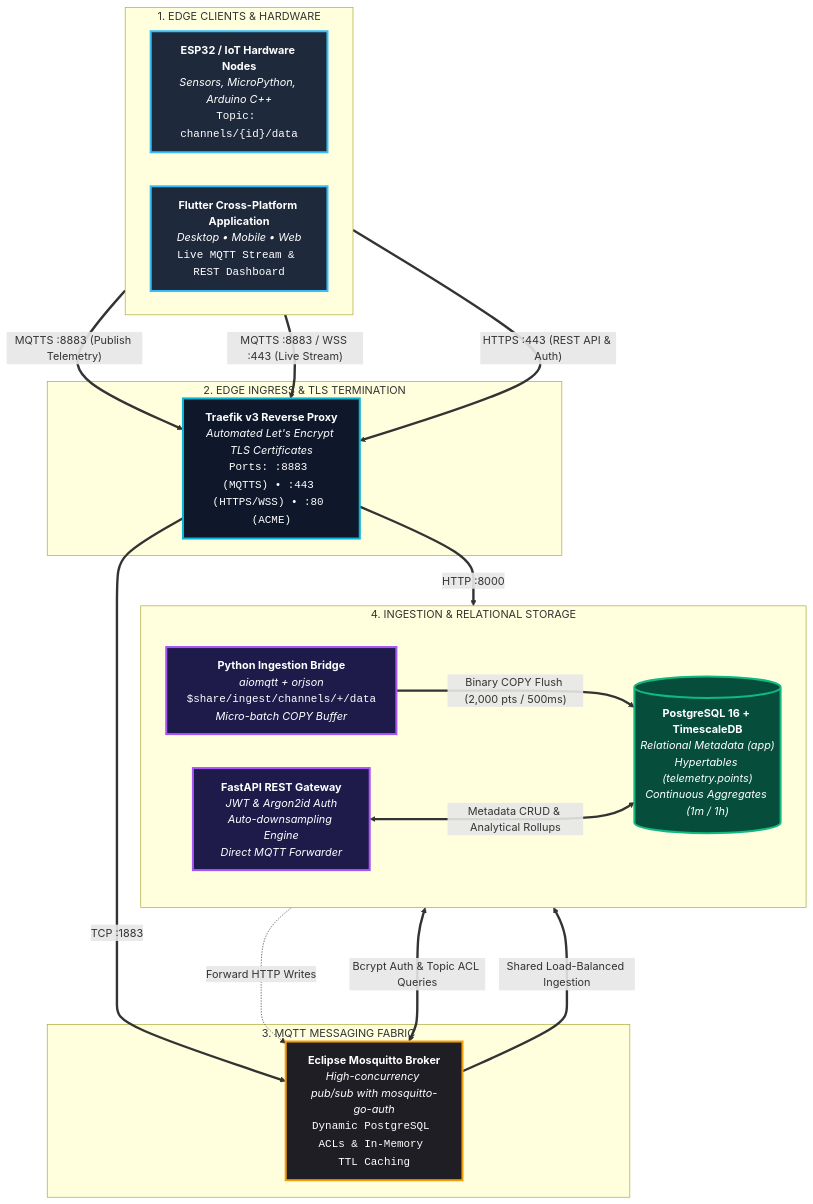
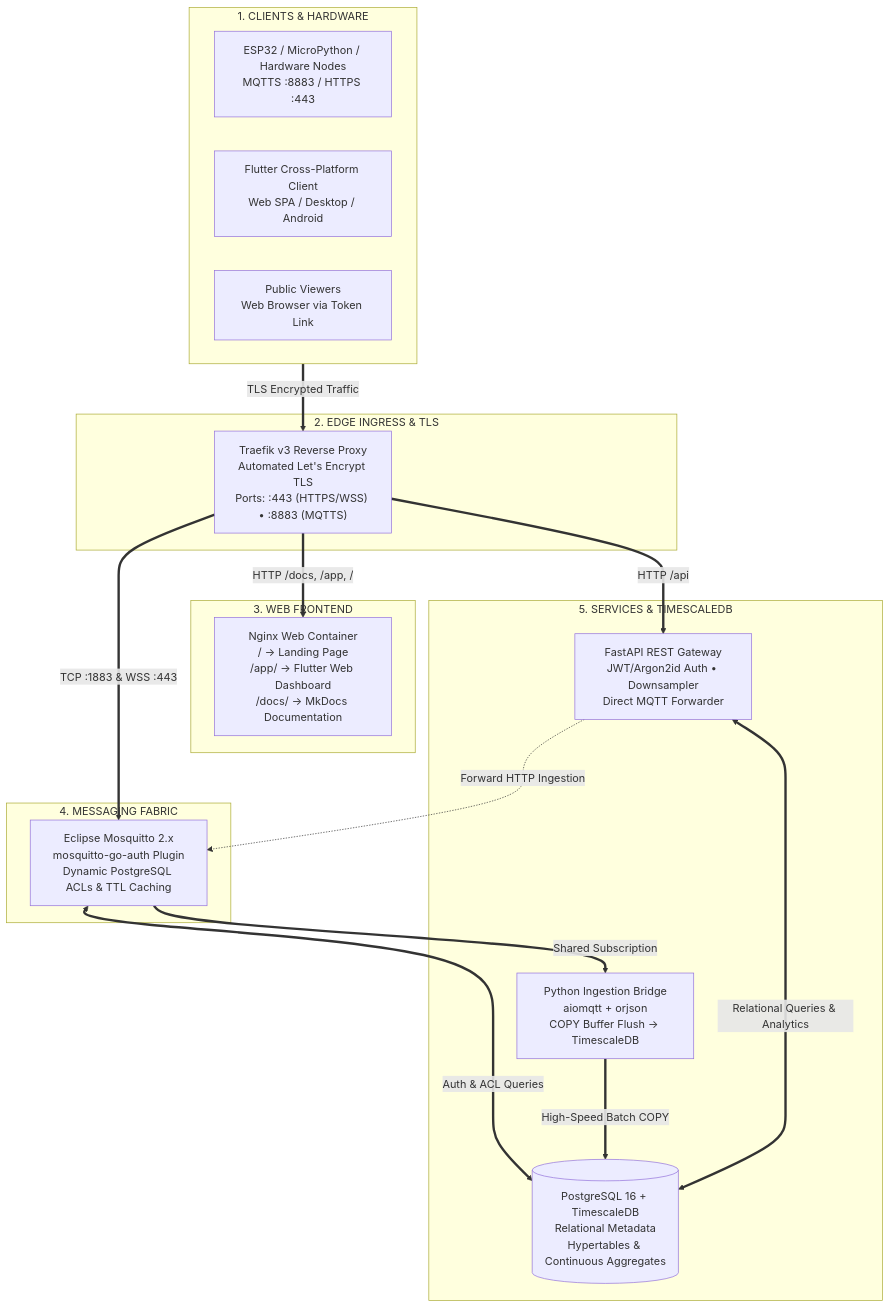
Before and after one commit to iimarky1234/thinglarp: the diagram in README.md, drawn with Mermaid. The commit also changed other lines of this file, not shown here.

Commit message:
docs: update README with public endpoints, web app dashboard, and new mkdocs navigation

````diff
--- a/README.md
+++ b/README.md
@@ -31,66 +48,39 @@
 ```mermaid
 flowchart TD
-    %% ==========================================
-    %% TIER 1: CLIENTS
-    %% ==========================================
-    subgraph CLIENTS ["1. EDGE CLIENTS & HARDWARE"]
+    subgraph CLIENTS ["1. CLIENTS & HARDWARE"]
         direction LR
-        ESP["<b>ESP32 / IoT Hardware Nodes</b><br/><i>Sensors, MicroPython, Arduino C++</i><br/><code>Topic: channels/{id}/data</code>"]
-        APP["<b>Flutter Cross-Platform Application</b><br/><i>Desktop • Mobile • Web</i><br/><code>Live MQTT Stream & REST Dashboard</code>"]
+        ESP["ESP32 / MicroPython / Hardware Nodes<br/>MQTTS :8883 / HTTPS :443"]
+        APP["Flutter Cross-Platform Client<br/>Web SPA / Desktop / Android"]
+        VIEWER["Public Viewers<br/>Web Browser via Token Link"]
     end
 
-    %% ==========================================
-    %% TIER 2: EDGE PROXY & INGRESS
-    %% ==========================================
-    subgraph EDGE ["2. EDGE INGRESS & TLS TERMINATION"]
-        TRAEFIK["<b>Traefik v3 Reverse Proxy</b><br/><i>Automated Let's Encrypt TLS Certificates</i><br/><code>Ports: :8883 (MQTTS) • :443 (HTTPS/WSS) • :80 (ACME)</code>"]
+    subgraph EDGE ["2. EDGE INGRESS & TLS"]
+        TRAEFIK["Traefik v3 Reverse Proxy<br/>Automated Let's Encrypt TLS<br/>Ports: :443 (HTTPS/WSS) • :8883 (MQTTS)"]
     end
 
-    %% ==========================================
-    %% TIER 3: MESSAGING & ROUTING
-    %% ==========================================
-    subgraph MESSAGING ["3. MQTT MESSAGING FABRIC"]
-        MOSQ["<b>Eclipse Mosquitto Broker</b><br/><i>High-concurrency pub/sub with mosquitto-go-auth</i><br/><code>Dynamic PostgreSQL ACLs & In-Memory TTL Caching</code>"]
+    subgraph WEB_SVC ["3. WEB FRONTEND"]
+        NGINX["Nginx Web Container<br/>/ &rarr; Landing Page<br/>/app/ &rarr; Flutter Web Dashboard<br/>/docs/ &rarr; MkDocs Documentation"]
     end
 
-    %% ==========================================
-    %% TIER 4: BACKEND PROCESSING & STORAGE
-    %% ==========================================
-    subgraph PROCESSING ["4. INGESTION & RELATIONAL STORAGE"]
-        direction LR
-        BRIDGE["<b>Python Ingestion Bridge</b><br/><i>aiomqtt + orjson</i><br/><code>$share/ingest/channels/+/data</code><br/><i>Micro-batch COPY Buffer</i>"]
-        API["<b>FastAPI REST Gateway</b><br/><i>JWT & Argon2id Auth</i><br/><i>Auto-downsampling Engine</i><br/><i>Direct MQTT Forwarder</i>"]
-        DB[("<b>PostgreSQL 16 + TimescaleDB</b><br/><i>Relational Metadata (app)</i><br/><i>Hypertables (telemetry.points)</i><br/><i>Continuous Aggregates (1m / 1h)</i>")]
+    subgraph MESSAGING ["4. MESSAGING FABRIC"]
+        MOSQ["Eclipse Mosquitto 2.x<br/>mosquitto-go-auth Plugin<br/>Dynamic PostgreSQL ACLs & TTL Caching"]
     end
 
-    %% Client traffic
-    ESP ==>|"MQTTS :8883 (Publish Telemetry)"| TRAEFIK
-    APP ==>|"MQTTS :8883 / WSS :443 (Live Stream)"| TRAEFIK
-    APP ==>|"HTTPS :443 (REST API & Auth)"| TRAEFIK
+    subgraph BACKEND ["5. SERVICES & TIMESCALEDB"]
+        BRIDGE["Python Ingestion Bridge<br/>aiomqtt + orjson<br/>COPY Buffer Flush &rarr; TimescaleDB"]
+        API["FastAPI REST Gateway<br/>JWT/Argon2id Auth • Downsampler<br/>Direct MQTT Forwarder"]
+        DB[("PostgreSQL 16 + TimescaleDB<br/>Relational Metadata<br/>Hypertables & Continuous Aggregates")]
+    end
 
-    %% Ingress to Broker & API
-    TRAEFIK ==>|"TCP :1883"| MOSQ
-    TRAEFIK ==>|"HTTP :8000"| API
+    CLIENTS ==>|"TLS Encrypted Traffic"| TRAEFIK
+    TRAEFIK ==>|"HTTP /docs, /app, /"| NGINX
+    TRAEFIK ==>|"HTTP /api"| API
+    TRAEFIK ==>|"TCP :1883 & WSS :443"| MOSQ
 
-    %% Internal messaging
-    MOSQ <===>|"Bcrypt Auth & Topic ACL Queries"| DB
-    MOSQ ==>|"Shared Load-Balanced Ingestion"| BRIDGE
-    API -.->|"Forward HTTP Writes"| MOSQ
+    MOSQ <===>|"Auth & ACL Queries"| DB
+    MOSQ ==>|"Shared Subscription"| BRIDGE
+    API -.->|"Forward HTTP Ingestion"| MOSQ
 
-    %% Storage writes & queries
-    BRIDGE ===>|"Binary COPY Flush (2,000 pts / 500ms)"| DB
-    API <===>|"Metadata CRUD & Analytical Rollups"| DB
-
-    %% Custom High-Visibility Styling
-    classDef clientStyle fill:#1e293b,stroke:#38bdf8,stroke-width:3px,color:#ffffff;
-    classDef edgeStyle fill:#0f172a,stroke:#06b6d4,stroke-width:3px,color:#ffffff;
-    classDef brokerStyle fill:#1e1e24,stroke:#f59e0b,stroke-width:3px,color:#ffffff;
-    classDef serviceStyle fill:#1e1b4b,stroke:#a855f7,stroke-width:3px,color:#ffffff;
-    classDef dbStyle fill:#064e3b,stroke:#10b981,stroke-width:3px,color:#ffffff;
-
-    class ESP,APP clientStyle;
-    class TRAEFIK edgeStyle;
-    class MOSQ brokerStyle;
-    class BRIDGE,API serviceStyle;
-    class DB dbStyle;
+    BRIDGE ===>|"High-Speed Batch COPY"| DB
+    API <===>|"Relational Queries & Analytics"| DB
 ```
````
